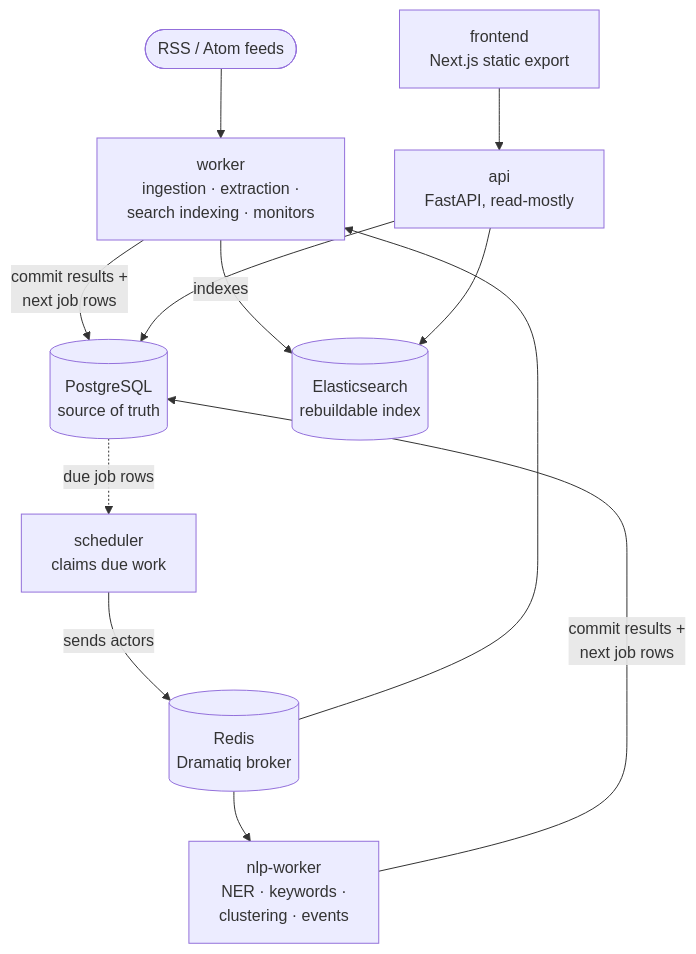
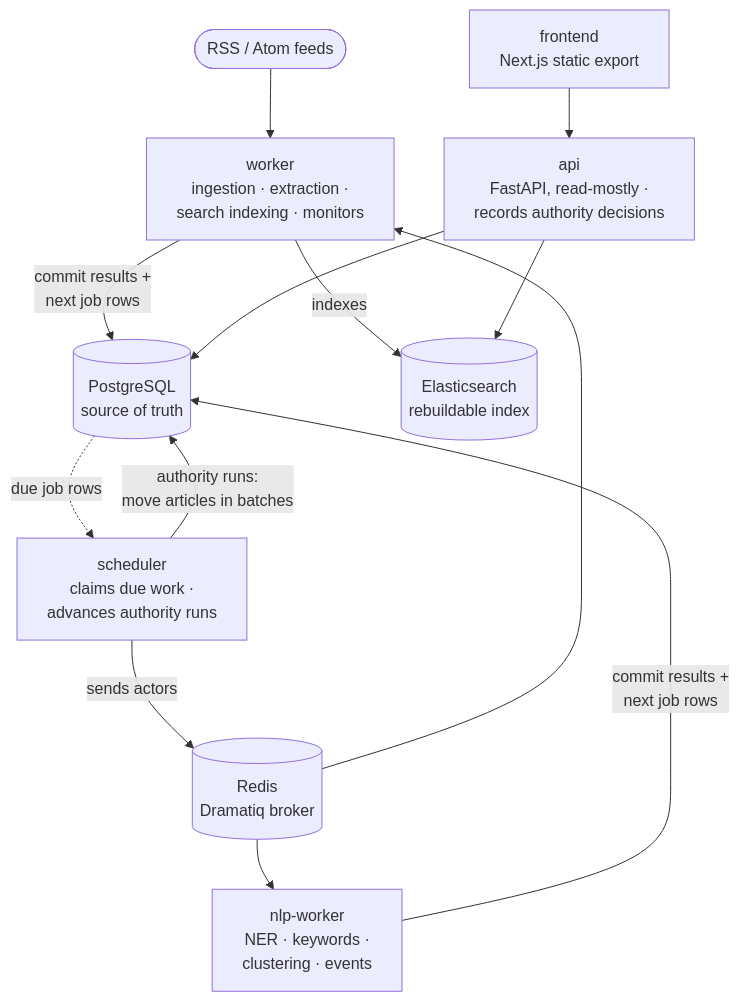
One commit to itheCreator1/newsintel changed the first of 2 diagrams in README.md. Above: the diagram before and after it, drawn with Mermaid. The commit also changed other lines of this file and 10 other files, not shown here.

First line of the commit message:
docs(readme): new screenshots, the authority file, and updated diagrams

````diff
--- a/README.md
+++ b/README.md
@@ -64,21 +66,22 @@
 ```mermaid
 flowchart TB
     feeds(["RSS / Atom feeds"])
-    scheduler["scheduler<br/>claims due work"]
+    scheduler["scheduler<br/>claims due work ·<br/>advances authority runs"]
     redis[("Redis<br/>Dramatiq broker")]
     worker["worker<br/>ingestion · extraction ·<br/>search indexing · monitors"]
     nlp["nlp-worker<br/>NER · keywords ·<br/>clustering · events"]
     pg[("PostgreSQL<br/>source of truth")]
     es[("Elasticsearch<br/>rebuildable index")]
-    api["api<br/>FastAPI, read-mostly"]
+    api["api<br/>FastAPI, read-mostly ·<br/>records authority decisions"]
     frontend["frontend<br/>Next.js static export"]
 
     scheduler -- "sends actors" --> redis
     redis --> worker & nlp
     feeds --> worker
     worker & nlp -- "commit results +<br/>next job rows" --> pg
     worker -- "indexes" --> es
     pg -. "due job rows" .-> scheduler
+    scheduler -- "authority runs:<br/>move articles in batches" --> pg
     frontend --> api
     api --> pg & es
 ```
````
